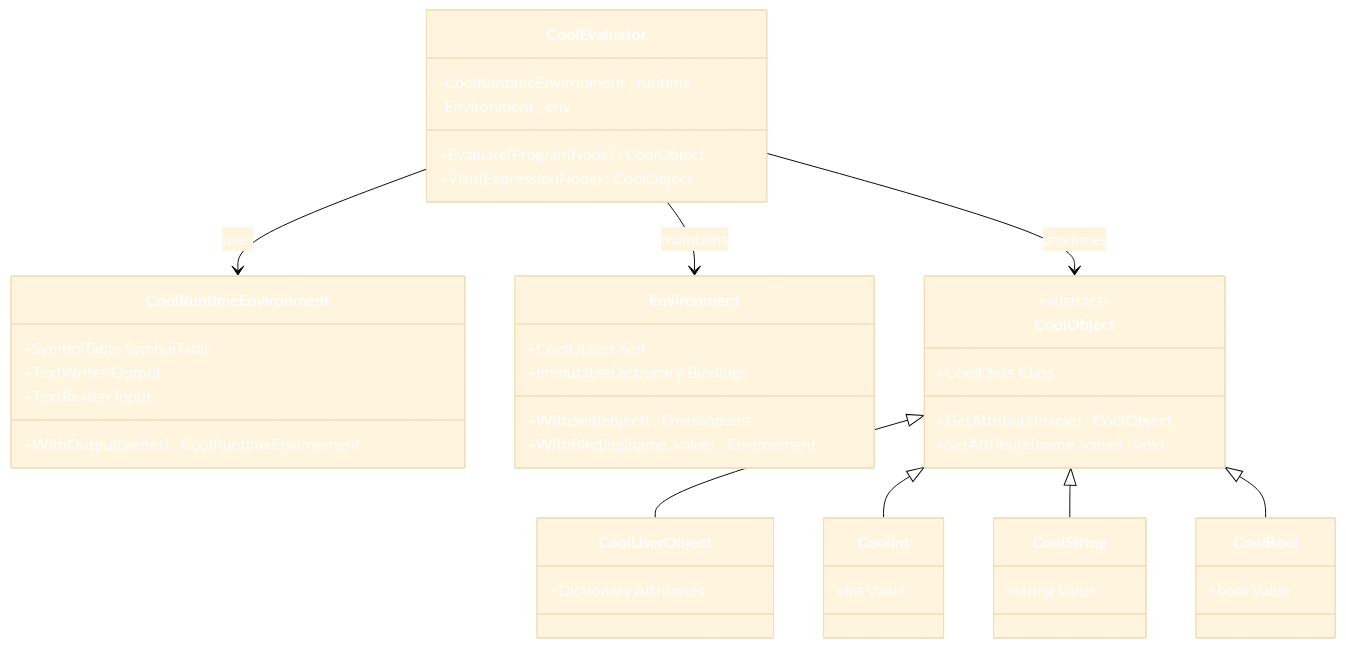
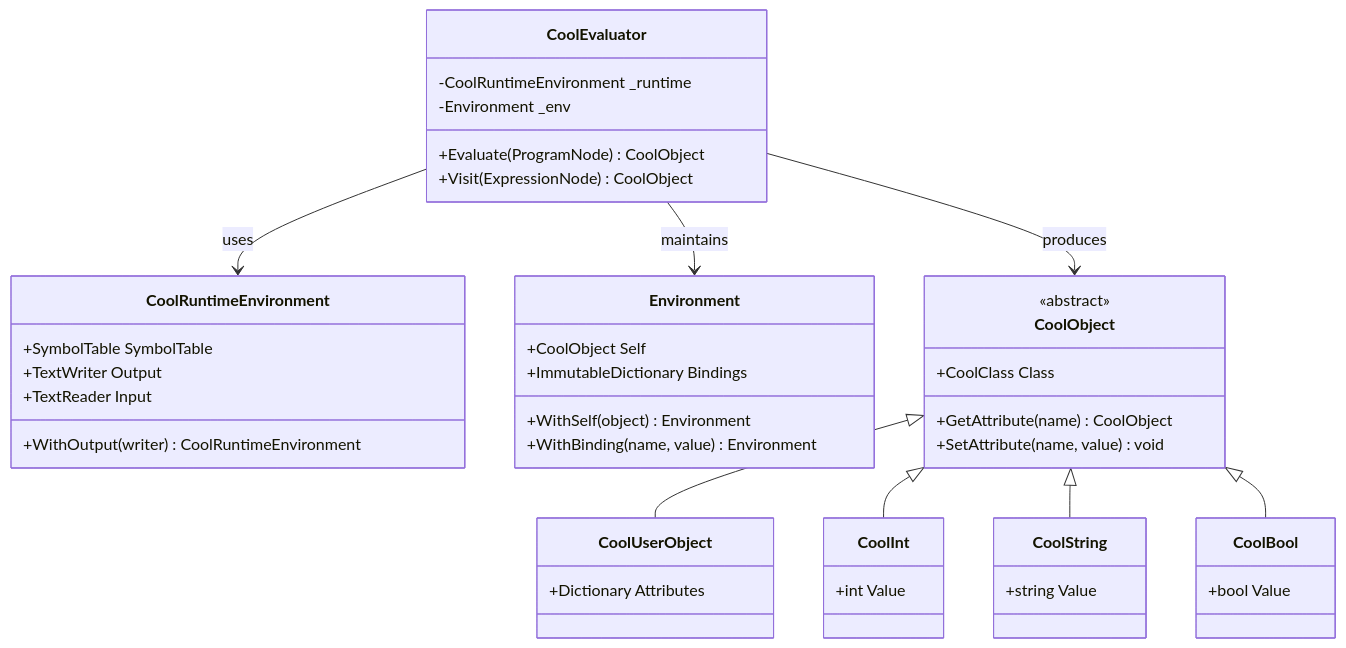
The fourth of 6 diagrams in docs/01-ARCHITECTURE.md (michifueby/Cool-Interpreter), drawn with Mermaid before and after one commit. The commit also changed other lines of this file, not shown here.

First line of the commit message:
Clean up mermaid diagram theme initialization

````diff
--- a/docs/01-ARCHITECTURE.md
+++ b/docs/01-ARCHITECTURE.md
@@ -238,56 +234,54 @@
 ```mermaid
-%%{init: {'theme': 'base', 'themeVariables': { 'textColor': '#ffffff'}}}%%
-
 classDiagram
     class CoolEvaluator {
         -CoolRuntimeEnvironment _runtime
         -Environment _env
         +Evaluate(ProgramNode) CoolObject
         +Visit(ExpressionNode) CoolObject
     }
     
     class CoolRuntimeEnvironment {
         +SymbolTable SymbolTable
         +TextWriter Output
         +TextReader Input
         +WithOutput(writer) CoolRuntimeEnvironment
     }
     
     class Environment {
         +CoolObject Self
         +ImmutableDictionary Bindings
         +WithSelf(object) Environment
         +WithBinding(name, value) Environment
     }
     
     class CoolObject {
         <<abstract>>
         +CoolClass Class
         +GetAttribute(name) CoolObject
         +SetAttribute(name, value) void
     }
     
     class CoolUserObject {
         +Dictionary Attributes
     }
     
     class CoolInt {
         +int Value
     }
     
     class CoolString {
         +string Value
     }
     
     class CoolBool {
         +bool Value
     }
     
     CoolEvaluator --> CoolRuntimeEnvironment : uses
     CoolEvaluator --> Environment : maintains
     CoolEvaluator --> CoolObject : produces
     CoolObject <|-- CoolUserObject
     CoolObject <|-- CoolInt
     CoolObject <|-- CoolString
     CoolObject <|-- CoolBool
 ```
````
